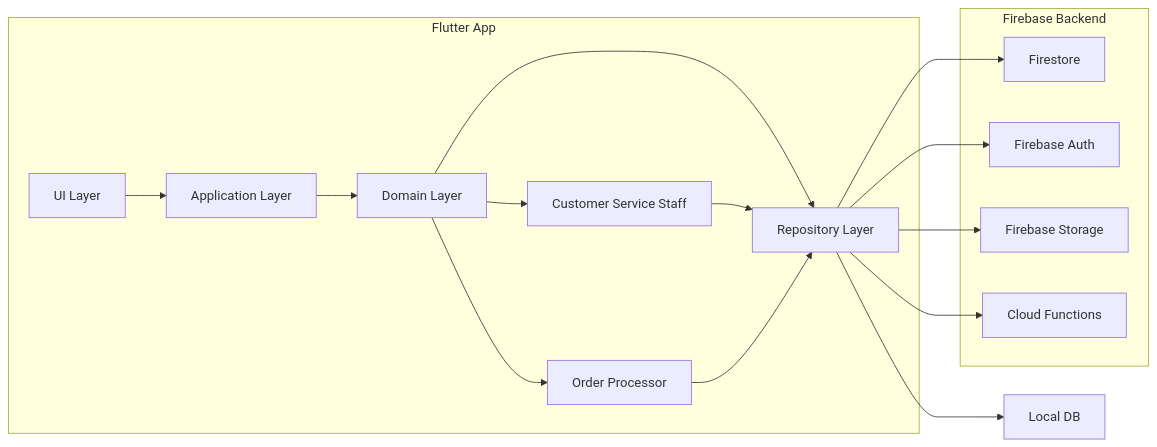
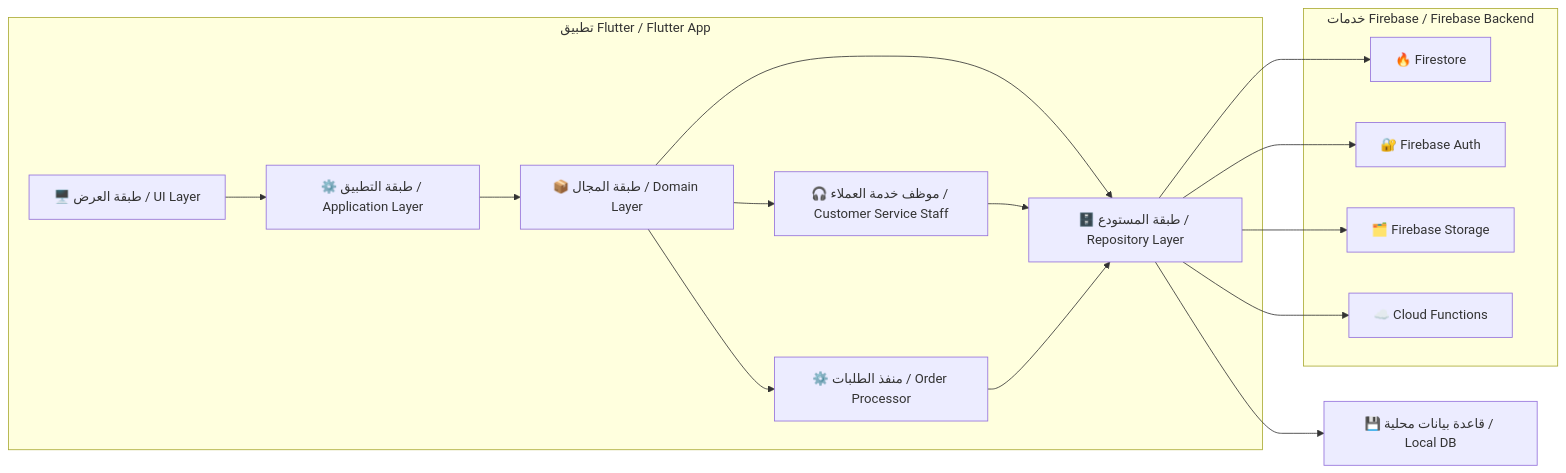
Before and after one commit to Ash69g/Documentation-Study: the second of 2 diagrams in docs/06-architecture/06-architecture.md, drawn with Mermaid. The commit also changed other lines of this file and 15 other files, not shown here.

````diff
--- a/docs/06-architecture/06-architecture.md
+++ b/docs/06-architecture/06-architecture.md
@@ -87,25 +127,25 @@
 ```mermaid
 flowchart LR
-  subgraph Client[Flutter App]
-    UI[UI Layer] --> APP[Application Layer]
-    APP --> DOMAIN[Domain Layer]
-    DOMAIN --> DATA[Repository Layer]
-    DOMAIN --> CSS[Customer Service Staff]
-    DOMAIN --> OP[Order Processor]
+  subgraph Client[تطبيق Flutter / Flutter App]
+    UI[🖥️ طبقة العرض / UI Layer] --> APP[⚙️ طبقة التطبيق / Application Layer]
+    APP --> DOMAIN[📦 طبقة المجال / Domain Layer]
+    DOMAIN --> DATA[🗄️ طبقة المستودع / Repository Layer]
+    DOMAIN --> CSS[🎧 موظف خدمة العملاء / Customer Service Staff]
+    DOMAIN --> OP[⚙️ منفذ الطلبات / Order Processor]
   end
 
-  subgraph Backend[Firebase Backend]
-    FS[Firestore]
-    AUTH[Firebase Auth]
-    ST[Firebase Storage]
-    CF[Cloud Functions]
+  subgraph Backend[خدمات Firebase / Firebase Backend]
+    FS[🔥 Firestore]
+    AUTH[🔐 Firebase Auth]
+    ST[🗂️ Firebase Storage]
+    CF[☁️ Cloud Functions]
   end
 
   DATA --> FS
   DATA --> AUTH
   DATA --> ST
   DATA --> CF
-  DATA --> LOCAL[Local DB]
+  DATA --> LOCAL[💾 قاعدة بيانات محلية / Local DB]
   CSS --> DATA
   OP --> DATA
 ```
````
